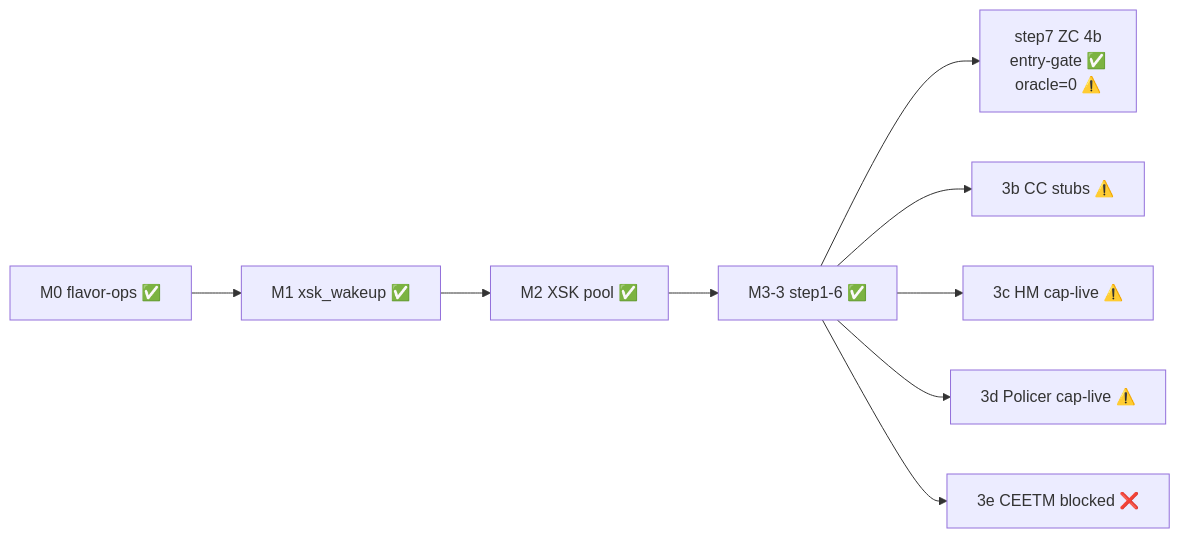
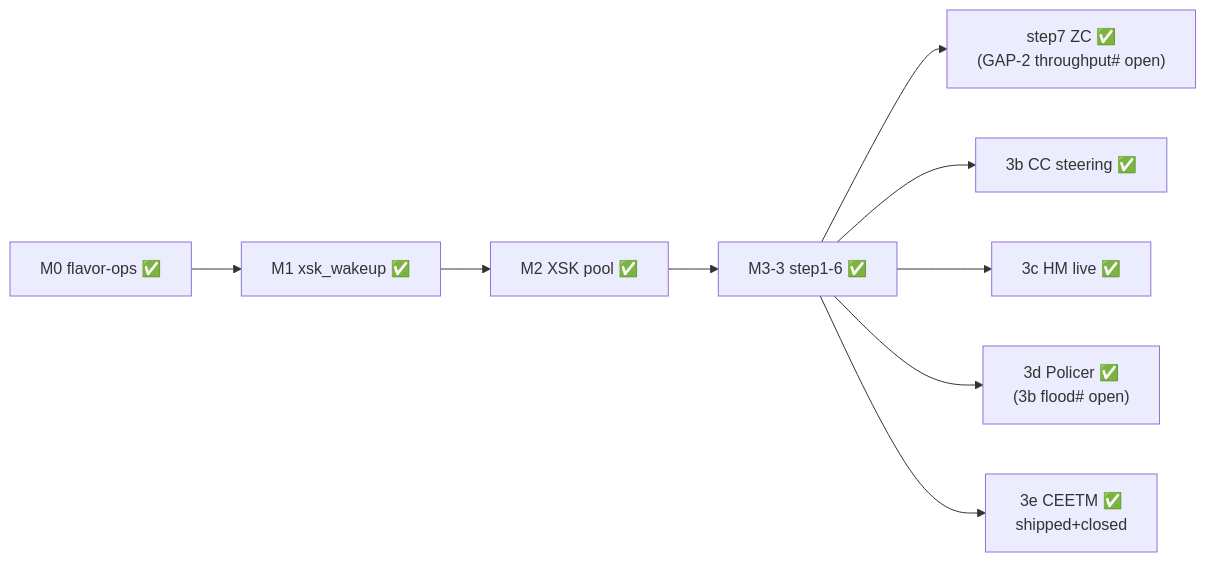
One commit to Daegara/vyos-ls1046a-build changed the first of 2 diagrams in plans/DPAA1-FULL-DRIVER-PLAN.md. Above: the diagram before and after it, drawn with Mermaid. The commit also changed other lines of this file and 28 other files, not shown here.

````diff
--- a/plans/DPAA1-FULL-DRIVER-PLAN.md
+++ b/plans/DPAA1-FULL-DRIVER-PLAN.md
@@ -20,11 +21,11 @@
 ```mermaid
 graph LR
     M0["M0 flavor-ops ✅"] --> M1["M1 xsk_wakeup ✅"]
     M1 --> M2["M2 XSK pool ✅"]
     M2 --> S2["M3-3 step1-6 ✅"]
-    S2 --> S7["step7 ZC 4b<br/>entry-gate ✅<br/>oracle=0 ⚠️"]
-    S2 --> CC["3b CC stubs ⚠️"]
-    S2 --> HM["3c HM cap-live ⚠️"]
-    S2 --> POL["3d Policer cap-live ⚠️"]
-    S2 --> CEETM["3e CEETM blocked ❌"]
+    S2 --> S7["step7 ZC ✅<br/>(GAP-2 throughput# open)"]
+    S2 --> CC["3b CC steering ✅"]
+    S2 --> HM["3c HM live ✅"]
+    S2 --> POL["3d Policer ✅<br/>(3b flood# open)"]
+    S2 --> CEETM["3e CEETM ✅<br/>shipped+closed"]
 ```
````
